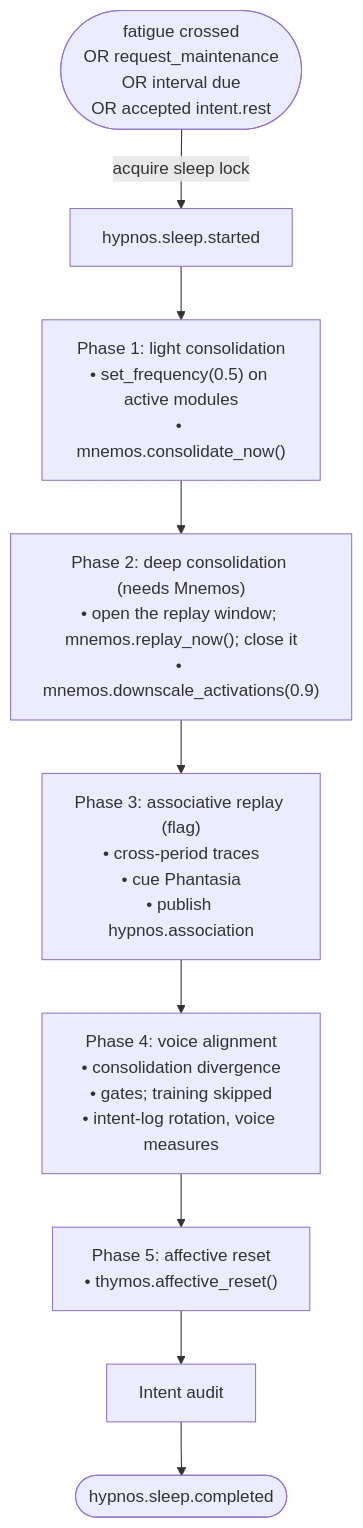
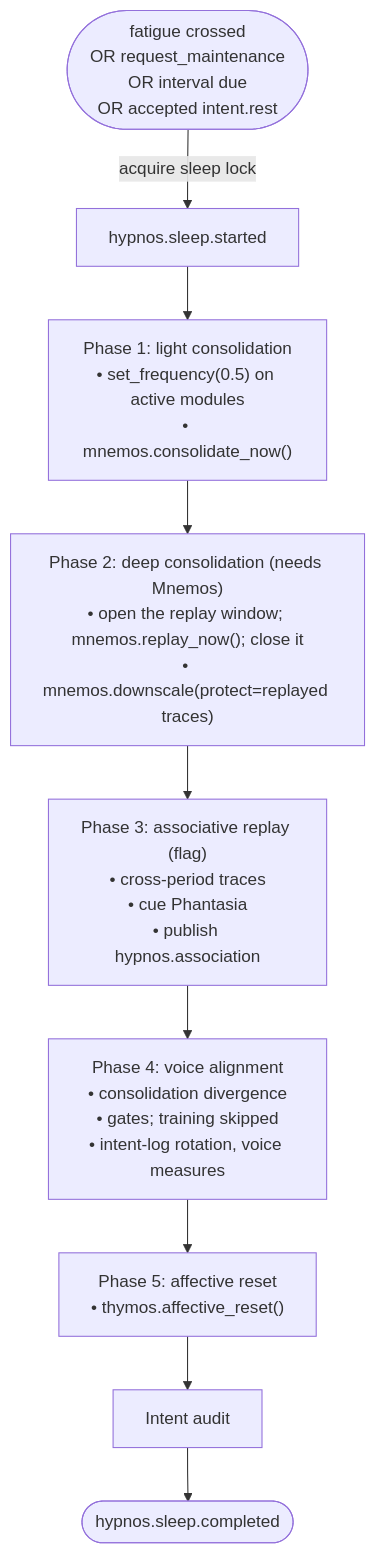
Before and after one commit to kaineone/kaine: the diagram in docs/09-modules/hypnos.md, drawn with Mermaid. The commit also changed other lines of this file and 43 other files, not shown here.

First line of the commit message:
Mnemos traces carry a strength that sleep downscales; recall ranks by strength times similarity (paper A.10)

````diff
--- a/docs/09-modules/hypnos.md
+++ b/docs/09-modules/hypnos.md
@@ -46,16 +46,16 @@
 ```mermaid
 flowchart TD
     S([fatigue crossed\nOR request_maintenance\nOR interval due\nOR accepted intent.rest]) -->|acquire sleep lock| ST[hypnos.sleep.started]
     ST --> P1
     P1["Phase 1: light consolidation\n• set_frequency(0.5) on active modules\n• mnemos.consolidate_now()"]
     P1 --> P2
-    P2["Phase 2: deep consolidation (needs Mnemos)\n• open the replay window; mnemos.replay_now(); close it\n• mnemos.downscale_activations(0.9)"]
+    P2["Phase 2: deep consolidation (needs Mnemos)\n• open the replay window; mnemos.replay_now(); close it\n• mnemos.downscale(protect=replayed traces)"]
     P2 --> P3
     P3["Phase 3: associative replay (flag)\n• cross-period traces\n• cue Phantasia\n• publish hypnos.association"]
     P3 --> P4
     P4["Phase 4: voice alignment\n• consolidation divergence\n• gates; training skipped\n• intent-log rotation, voice measures"]
     P4 --> P5
     P5["Phase 5: affective reset\n• thymos.affective_reset()"]
     P5 --> R[Intent audit]
     R --> E([hypnos.sleep.completed])
 ```
````
